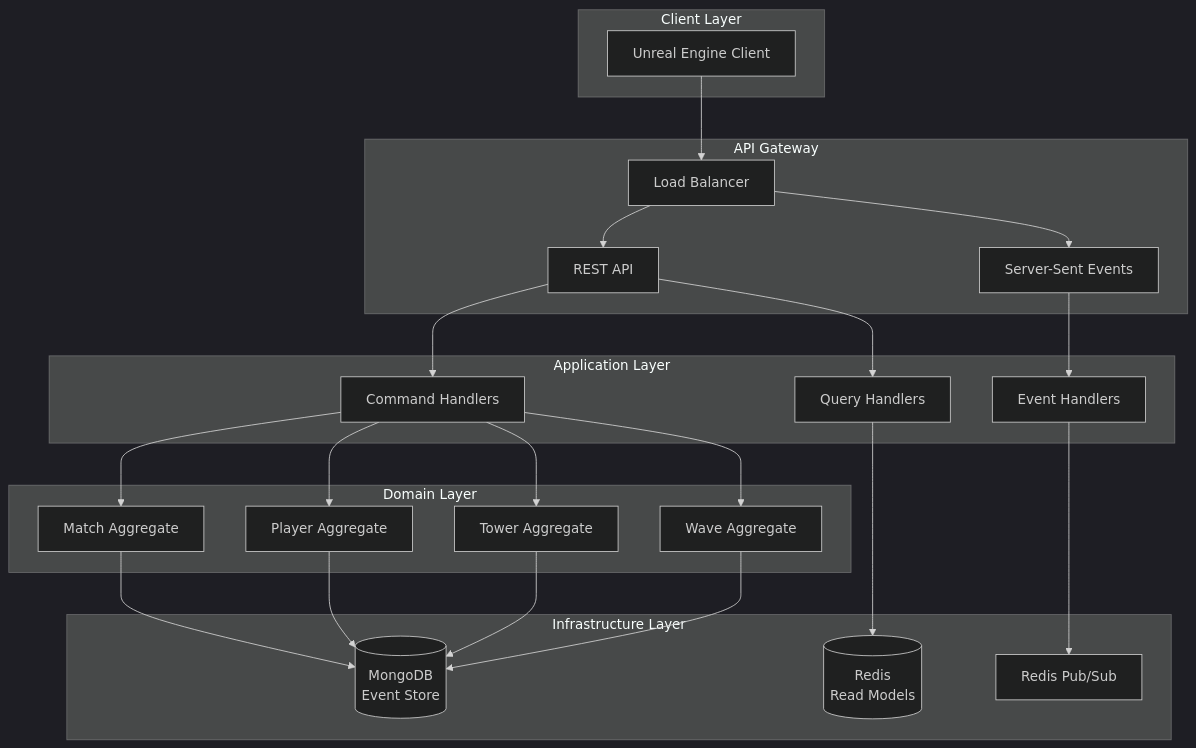
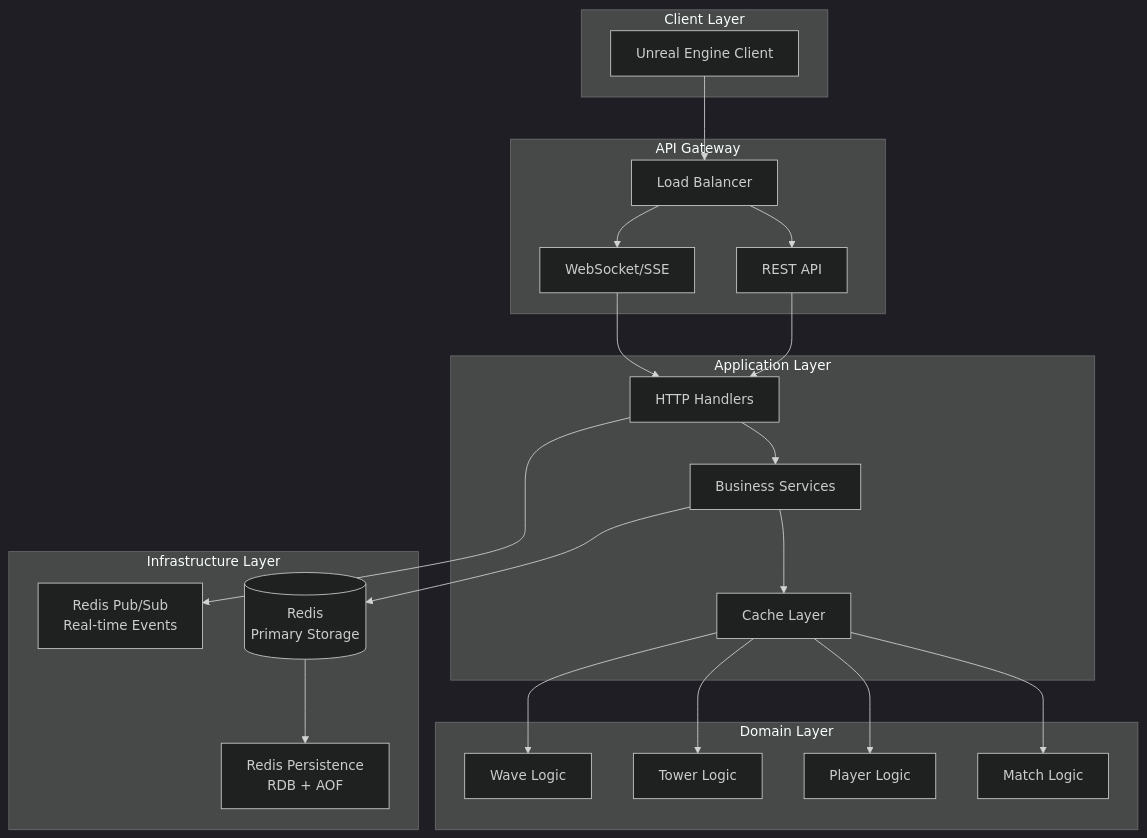
Before and after one commit to homveloper/defense-allies-server: the first of 2 diagrams in README.md, drawn with Mermaid (dark theme). The commit also changed other lines of this file and 38 other files, not shown here.

````diff
--- a/README.md
+++ b/README.md
@@ -19,48 +19,46 @@
 ```mermaid
 graph TB
     subgraph "Client Layer"
         UE[Unreal Engine Client]
     end
-    
+
     subgraph "API Gateway"
         LB[Load Balancer]
         API[REST API]
-        SSE[Server-Sent Events]
+        WS[WebSocket/SSE]
     end
-    
+
     subgraph "Application Layer"
-        CMD[Command Handlers]
-        QRY[Query Handlers]
-        EVT[Event Handlers]
+        HANDLER[HTTP Handlers]
+        SERVICE[Business Services]
+        CACHE[Cache Layer]
     end
-    
+
     subgraph "Domain Layer"
-        MATCH[Match Aggregate]
-        PLAYER[Player Aggregate]
-        TOWER[Tower Aggregate]
-        WAVE[Wave Aggregate]
+        MATCH[Match Logic]
+        PLAYER[Player Logic]
+        TOWER[Tower Logic]
+        WAVE[Wave Logic]
     end
-    
+
     subgraph "Infrastructure Layer"
-        MONGO[(MongoDB<br/>Event Store)]
-        REDIS[(Redis<br/>Read Models)]
-        PUBSUB[Redis Pub/Sub]
+        REDIS[(Redis<br/>Primary Storage)]
+        PUBSUB[Redis Pub/Sub<br/>Real-time Events]
+        PERSIST[Redis Persistence<br/>RDB + AOF]
     end
-    
+
     UE --> LB
     LB --> API
-    LB --> SSE
-    API --> CMD
-    API --> QRY
-    SSE --> EVT
-    CMD --> MATCH
-    CMD --> PLAYER
-    CMD --> TOWER
-    CMD --> WAVE
-    QRY --> REDIS
-    EVT --> PUBSUB
-    MATCH --> MONGO
-    PLAYER --> MONGO
-    TOWER --> MONGO
-    WAVE --> MONGO
+    LB --> WS
+    API --> HANDLER
+    WS --> HANDLER
+    HANDLER --> SERVICE
+    SERVICE --> CACHE
+    CACHE --> MATCH
+    CACHE --> PLAYER
+    CACHE --> TOWER
+    CACHE --> WAVE
+    SERVICE --> REDIS
+    HANDLER --> PUBSUB
+    REDIS --> PERSIST
 ```
````
